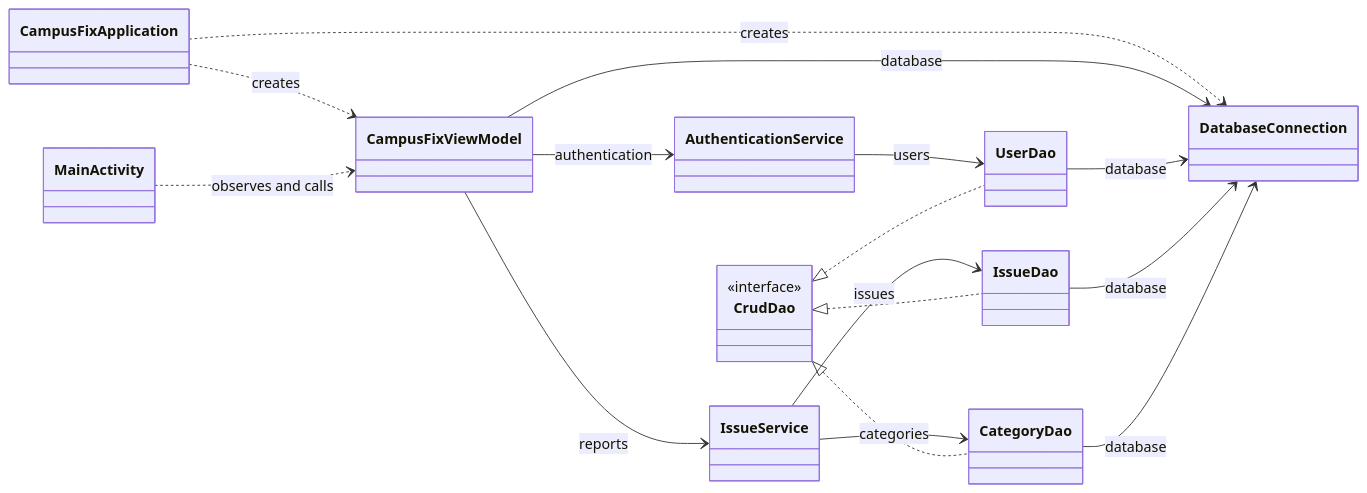
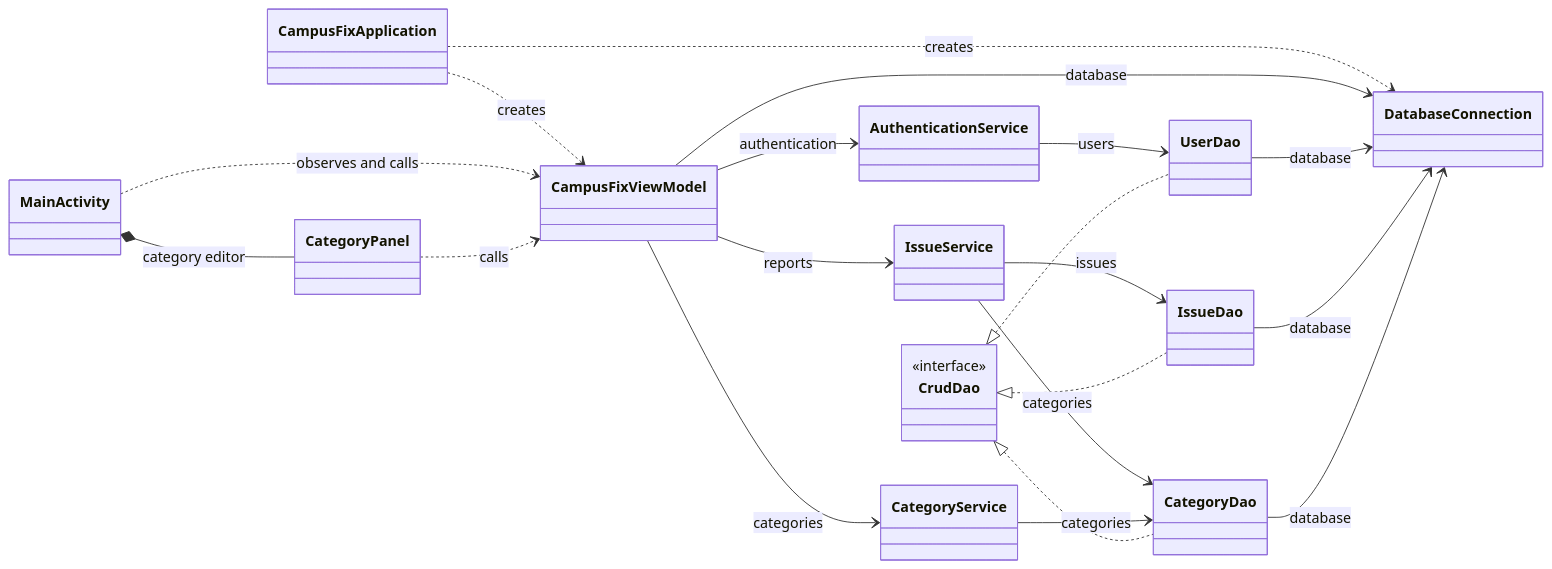
The diagram in docs/android.md (dfernq/inso-2026-2027-campus-fix), drawn with Mermaid before and after one commit. The commit also changed other lines of this file and 7 other files, not shown here.

````diff
--- a/docs/android.md
+++ b/docs/android.md
@@ -50,22 +61,26 @@
 ```mermaid
 classDiagram
     direction LR
     class CrudDao {
         <<interface>>
     }
     CampusFixApplication ..> CampusFixViewModel : creates
     CampusFixApplication ..> DatabaseConnection : creates
     MainActivity ..> CampusFixViewModel : observes and calls
+    MainActivity *-- CategoryPanel : category editor
+    CategoryPanel ..> CampusFixViewModel : calls
     CampusFixViewModel --> DatabaseConnection : database
     CampusFixViewModel --> AuthenticationService : authentication
     CampusFixViewModel --> IssueService : reports
+    CampusFixViewModel --> CategoryService : categories
     AuthenticationService --> UserDao : users
     IssueService --> IssueDao : issues
     IssueService --> CategoryDao : categories
+    CategoryService --> CategoryDao : categories
     UserDao --> DatabaseConnection : database
     IssueDao --> DatabaseConnection : database
     CategoryDao --> DatabaseConnection : database
     CrudDao <|.. UserDao
     CrudDao <|.. IssueDao
     CrudDao <|.. CategoryDao
 ```
````
